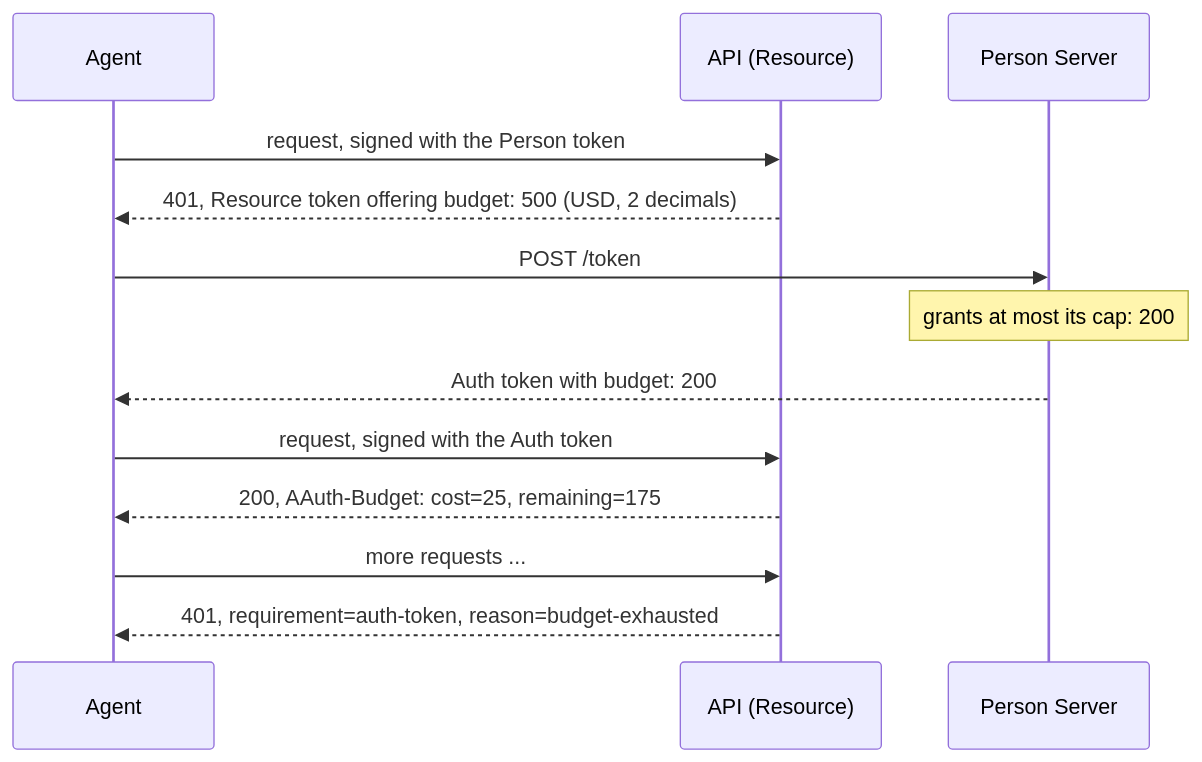
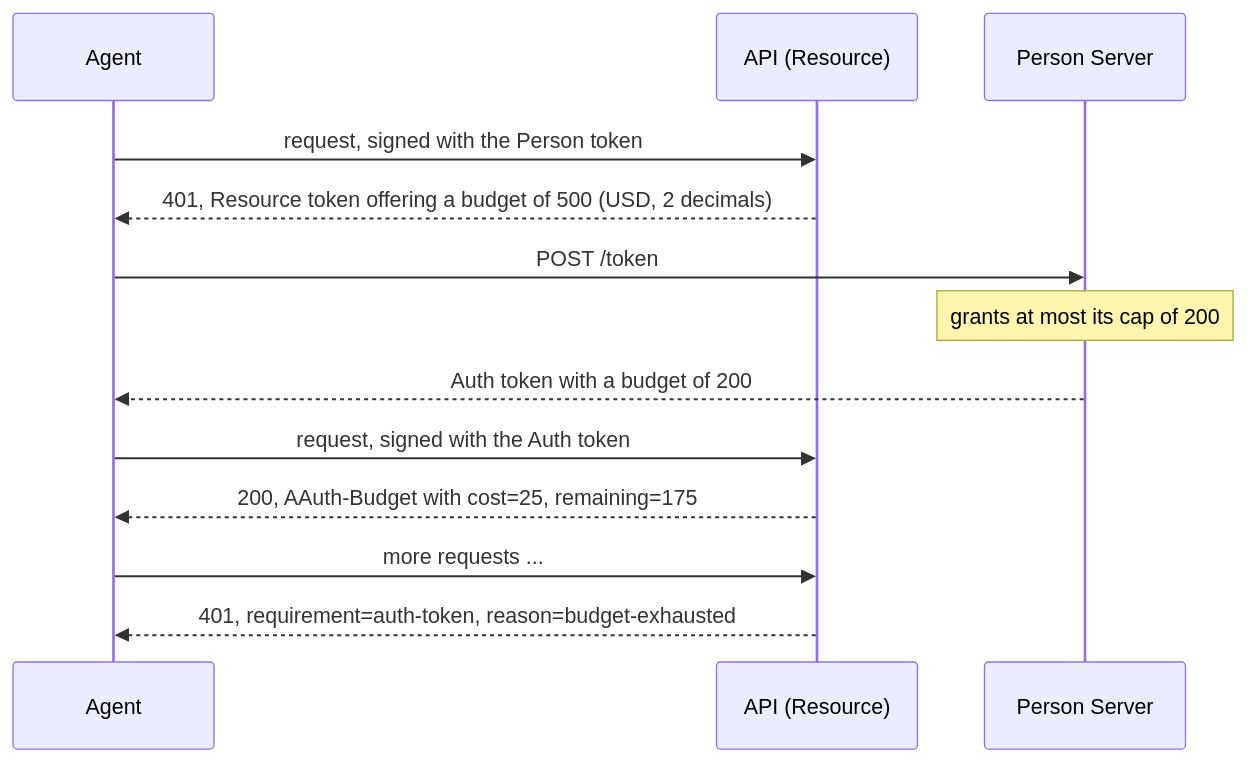
Before and after one commit to sidecat-dev/aauth-rust: the diagram in docs/features/budgets.md, drawn with Mermaid. The commit also changed 14 other files, not shown here.

First line of the commit message:
docs: make every mermaid diagram render on GitLab

````diff
--- a/docs/features/budgets.md
+++ b/docs/features/budgets.md
@@ -16,15 +16,15 @@
 ```mermaid
 sequenceDiagram
     participant Agent
     participant API as API (Resource)
     participant PS as Person Server
-    Agent->>API: request, signed with the Person token
-    API-->>Agent: 401, Resource token offering budget: 500 (USD, 2 decimals)
-    Agent->>PS: POST /token
-    Note over PS: grants at most its cap: 200
-    PS-->>Agent: Auth token with budget: 200
-    Agent->>API: request, signed with the Auth token
-    API-->>Agent: 200, AAuth-Budget: cost=25, remaining=175
-    Agent->>API: more requests ...
-    API-->>Agent: 401, requirement=auth-token, reason=budget-exhausted
+    Agent->>API : request, signed with the Person token
+    API-->>Agent : 401, Resource token offering a budget of 500 (USD, 2 decimals)
+    Agent->>PS : POST /token
+    Note over PS : grants at most its cap of 200
+    PS-->>Agent : Auth token with a budget of 200
+    Agent->>API : request, signed with the Auth token
+    API-->>Agent : 200, AAuth-Budget with cost=25, remaining=175
+    Agent->>API : more requests ...
+    API-->>Agent : 401, requirement=auth-token, reason=budget-exhausted
 ```
````
